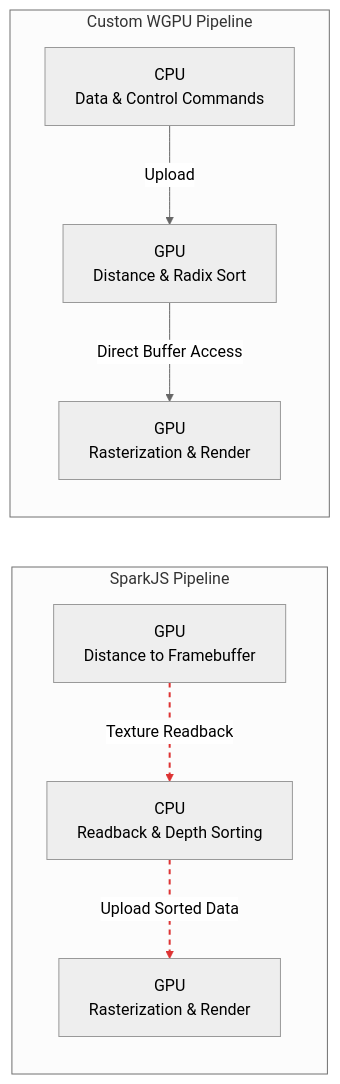
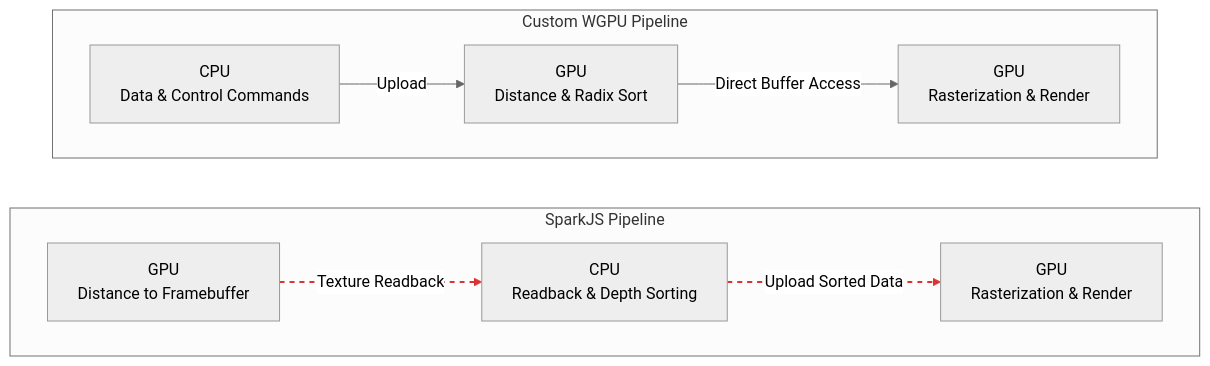
Before and after one commit to jonas-thn/gaussian-splatting-renderer: the diagram in README.md, drawn with Mermaid (neutral theme). The commit also changed other lines of this file, not shown here.

````diff
--- a/README.md
+++ b/README.md
@@ -234,24 +236,26 @@
 ```mermaid
 flowchart LR
 
     subgraph Spark["SparkJS Pipeline"]
+        direction LR
         S1["GPU<br/>Distance to Framebuffer"]
         S2["CPU<br/>Readback &amp; Depth Sorting"]
         S3["GPU<br/>Rasterization &amp; Render"]
 
         S1 -. "Texture Readback" .-> S2
         S2 -. "Upload Sorted Data" .-> S3
     end
 
     subgraph Custom["Custom WGPU Pipeline"]
+        direction LR
         C1["CPU<br/>Data &amp; Control Commands"]
         C2["GPU<br/>Distance &amp; Radix Sort"]
         C3["GPU<br/>Rasterization &amp; Render"]
 
         C1 -->|"Upload"| C2
         C2 -->|"Direct Buffer Access"| C3
     end
 
     linkStyle 0 stroke:#d33,stroke-width:2px,stroke-dasharray:5 5
     linkStyle 1 stroke:#d33,stroke-width:2px,stroke-dasharray:5 5
 ```
````
